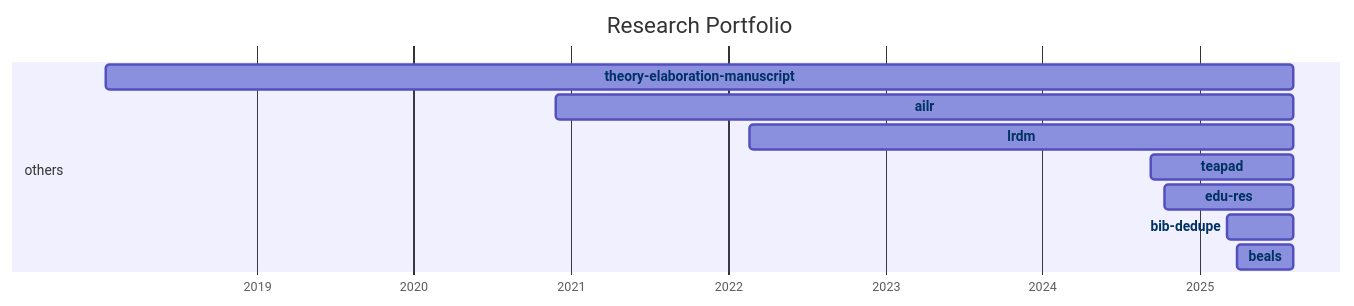
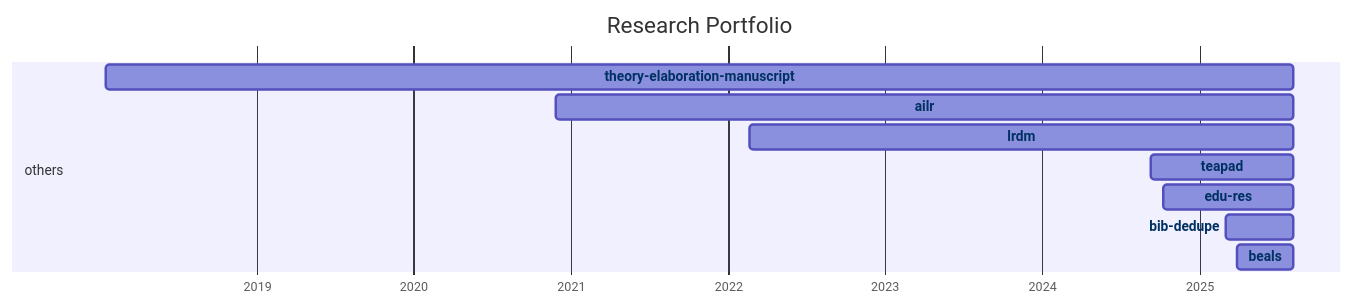
One commit to digital-work-lab/handbook changed the diagram in docs/20-research/25-projects-gantt.md. Above: the diagram before and after it, drawn with Mermaid. The commit also changed 1 other file, not shown here.

Commit message:
Update repository overview

````diff
--- a/docs/20-research/25-projects-gantt.md
+++ b/docs/20-research/25-projects-gantt.md
@@ -8,33 +8,33 @@
 ```mermaid
 ---
 displayMode: compact
 ---
 gantt
 title Research Portfolio
 dateFormat YYYY-MM-DD
 axisFormat %Y
 
     section work_practices
 
     section distributed_organizing
 
     section knowledge_synthesis
 
     section others
-        beals :beals, 2025-03-28, 2025-08-06
-        bib-dedupe :bib-dedupe, 2025-03-04, 2025-08-06
-        edu-res :edu-res, 2024-10-10, 2025-08-06
-        teapad :teapad, 2024-09-10, 2025-08-06
-        lrdm :lrdm, 2022-02-20, 2025-08-06
-        ailr :ailr, 2020-11-26, 2025-08-06
-        theory-elaboration-manuscript :theory-elaboration-manuscript, 2018-01-15, 2025-08-06
+        beals :beals, 2025-03-28, 2025-08-07
+        bib-dedupe :bib-dedupe, 2025-03-04, 2025-08-07
+        edu-res :edu-res, 2024-10-10, 2025-08-07
+        teapad :teapad, 2024-09-10, 2025-08-07
+        lrdm :lrdm, 2022-02-20, 2025-08-07
+        ailr :ailr, 2020-11-26, 2025-08-07
+        theory-elaboration-manuscript :theory-elaboration-manuscript, 2018-01-15, 2025-08-07
 
 
     click beals href "{{ site.baseurl }}/docs/10-lab/18-resources/beals.html"
     click bib-dedupe href "{{ site.baseurl }}/docs/10-lab/18-resources/bib-dedupe.html"
     click edu-res href "{{ site.baseurl }}/docs/10-lab/18-resources/edu-res.html"
     click teapad href "{{ site.baseurl }}/docs/10-lab/18-resources/teapad.html"
     click lrdm href "{{ site.baseurl }}/docs/10-lab/18-resources/lrdm.html"
     click ailr href "{{ site.baseurl }}/docs/10-lab/18-resources/ailr.html"
     click theory-elaboration-manuscript href "{{ site.baseurl }}/docs/10-lab/18-resources/theory-elaboration-manuscript.html"
 ```
````
